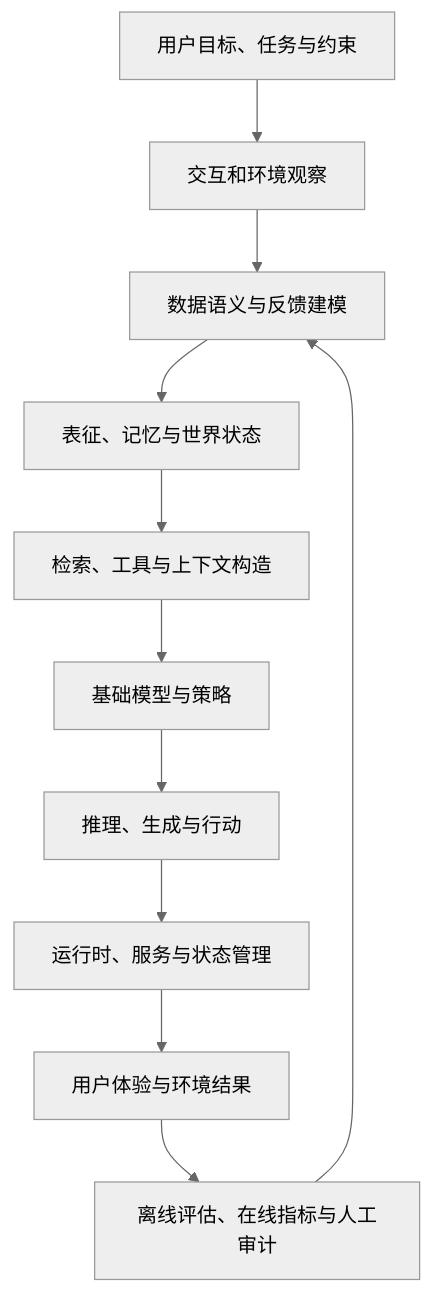
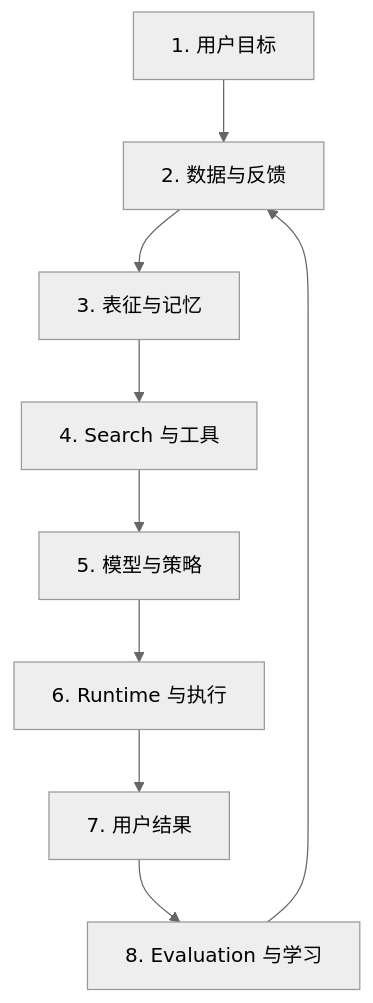
The first of 2 diagrams in systems/README.md (tianyi-zhang-02/cooking-agi), drawn with Mermaid (neutral theme) before and after one commit. The commit also changed other lines of this file and 15 other files, not shown here.

````diff
--- a/systems/README.md
+++ b/systems/README.md
@@ -11,13 +25,11 @@
 ```mermaid
 flowchart TD
-    A[用户目标、任务与约束] --> B[交互和环境观察]
-    B --> C[数据语义与反馈建模]
-    C --> D[表征、记忆与世界状态]
-    D --> E[检索、工具与上下文构造]
-    E --> F[基础模型与策略]
-    F --> G[推理、生成与行动]
-    G --> H[运行时、服务与状态管理]
-    H --> I[用户体验与环境结果]
-    I --> J[离线评估、在线指标与人工审计]
-    J --> C
+    A[1. 用户目标] --> B[2. 数据与反馈]
+    B --> C[3. 表征与记忆]
+    C --> D[4. Search 与工具]
+    D --> E[5. 模型与策略]
+    E --> F[6. Runtime 与执行]
+    F --> G[7. 用户结果]
+    G --> H[8. Evaluation 与学习]
+    H --> B
 ```
````
